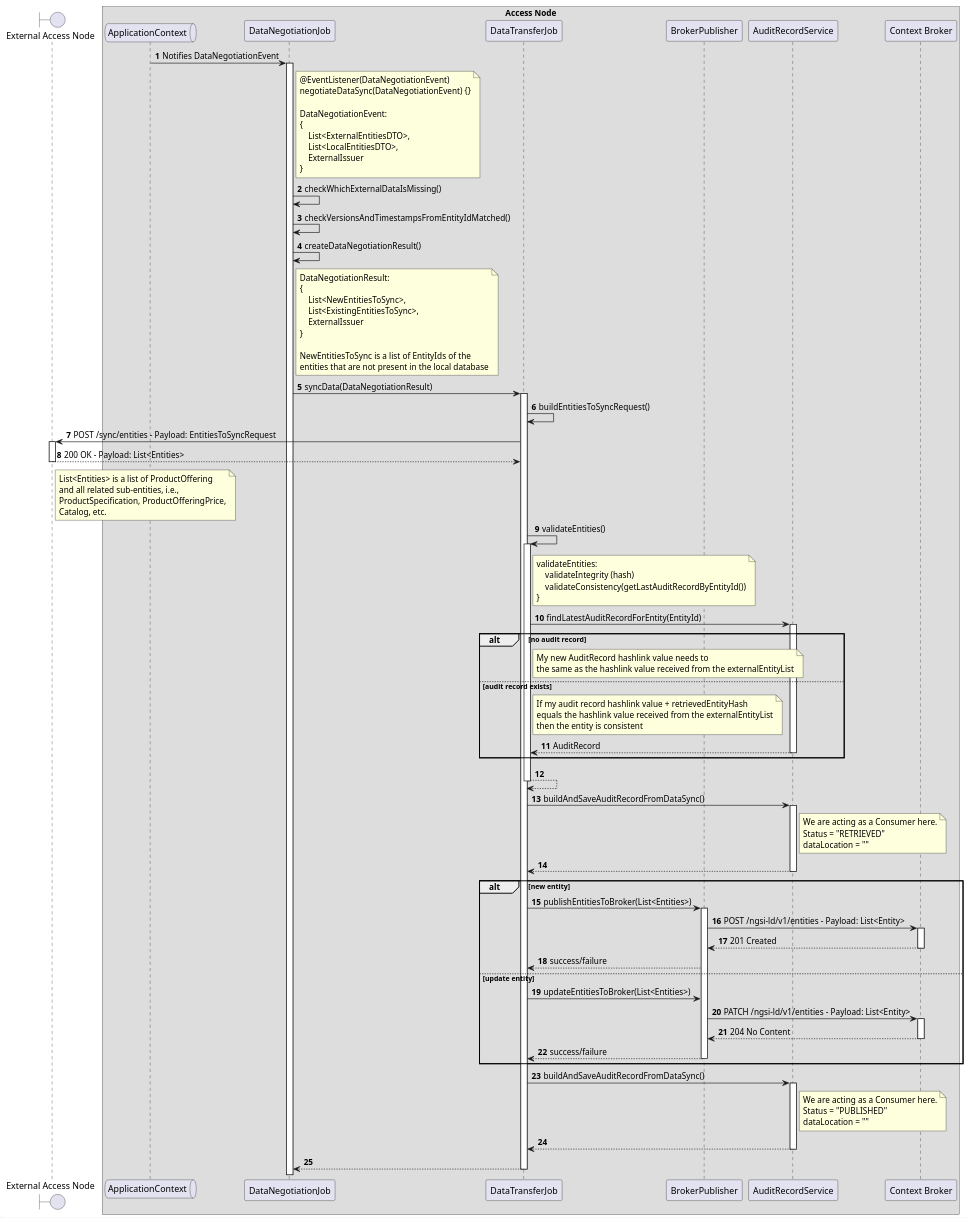
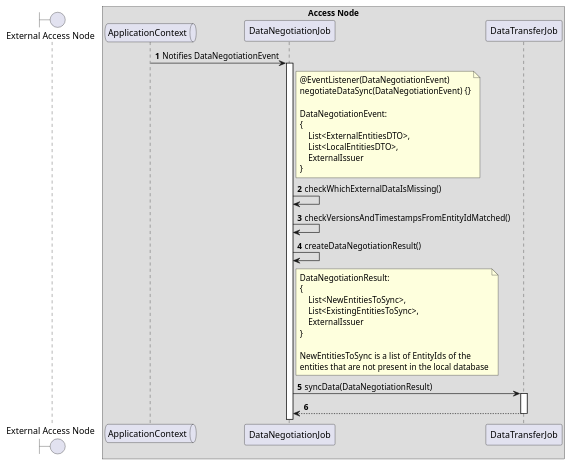
Before and after one commit to in2workspace/in2-guides: the diagram in desmos-tech-doc/diagrams/p2p-sync-discovery-data-negotiation.puml, drawn with PlantUML. The commit also changed 5 other files, not shown here.

```diff
--- a/desmos-tech-doc/diagrams/p2p-sync-discovery-data-negotiation.puml
+++ b/desmos-tech-doc/diagrams/p2p-sync-discovery-data-negotiation.puml
@@ -1,119 +1,55 @@
 @startuml
 'https://plantuml.com/sequence-diagram
 
 '---------- Config ----------------
 
 autonumber
 
 '---------- Header ----------------
 
 boundary "External Access Node" as ean
 
 box "Access Node"
   queue "ApplicationContext" as ac
   participant "DataNegotiationJob" as dnj
   participant "DataTransferJob" as dtj
-  participant "BrokerPublisher" as bp
-  participant "AuditRecordService" as ars
-  participant "Context Broker" as cb
+
 
 end box
 
 '---------- Diagram ----------------
 
 ac -> dnj++: Notifies DataNegotiationEvent
 
 note right of dnj
     @EventListener(DataNegotiationEvent)
     negotiateDataSync(DataNegotiationEvent) {}
 
     DataNegotiationEvent:
     {
         List<ExternalEntitiesDTO>,
         List<LocalEntitiesDTO>,
         ExternalIssuer
     }
 end note
 
 dnj -> dnj: checkWhichExternalDataIsMissing()
 dnj -> dnj: checkVersionsAndTimestampsFromEntityIdMatched()
 dnj -> dnj: createDataNegotiationResult()
 note right of dnj
     DataNegotiationResult:
     {
         List<NewEntitiesToSync>,
         List<ExistingEntitiesToSync>,
         ExternalIssuer
     }
 
     NewEntitiesToSync is a list of EntityIds of the
     entities that are not present in the local database
 end note
 
 dnj -> dtj++: syncData(DataNegotiationResult)
-    dtj -> dtj: buildEntitiesToSyncRequest()
-    dtj -> ean++: POST /sync/entities - Payload: EntitiesToSyncRequest
-    return 200 OK - Payload: List<Entities>
-    note right of ean
-        List<Entities> is a list of ProductOffering
-        and all related sub-entities, i.e.,
-        ProductSpecification, ProductOfferingPrice,
-        Catalog, etc.
-    end note
-
-    dtj -> dtj++: validateEntities()
-    note right of dtj
-        validateEntities:
-            validateIntegrity (hash)
-            validateConsistency(getLastAuditRecordByEntityId())
-        }
-    end note
-        dtj -> ars++: findLatestAuditRecordForEntity(EntityId)
-        alt no audit record
-            note right of dtj
-                My new AuditRecord hashlink value needs to
-                the same as the hashlink value received from the externalEntityList
-            end note
-        else audit record exists
-            note right of dtj
-                If my audit record hashlink value + retrievedEntityHash
-                equals the hashlink value received from the externalEntityList
-                then the entity is consistent
-            end note
-            return AuditRecord
-        end
-
-    return
-
-    dtj -> ars++: buildAndSaveAuditRecordFromDataSync()
-    note right of ars
-        We are acting as a Consumer here.
-        Status = "RETRIEVED"
-        dataLocation = ""
-    end note
-    return
-
-
-    alt new entity
-        dtj -> bp++: publishEntitiesToBroker(List<Entities>)
-            bp -> cb++: POST /ngsi-ld/v1/entities - Payload: List<Entity>
-            return 201 Created
-        bp --> dtj: success/failure
-    else update entity
-        dtj -> bp: updateEntitiesToBroker(List<Entities>)
-                bp -> cb++: PATCH /ngsi-ld/v1/entities - Payload: List<Entity>
-                return 204 No Content
-        return success/failure
-    end
-
-    dtj -> ars++: buildAndSaveAuditRecordFromDataSync()
-    note right of ars
-        We are acting as a Consumer here.
-        Status = "PUBLISHED"
-        dataLocation = ""
-    end note
-    return
 return
 
 
 @enduml
```
